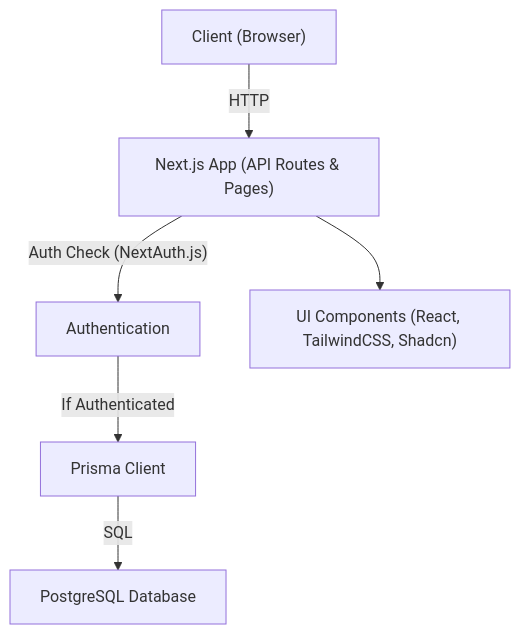
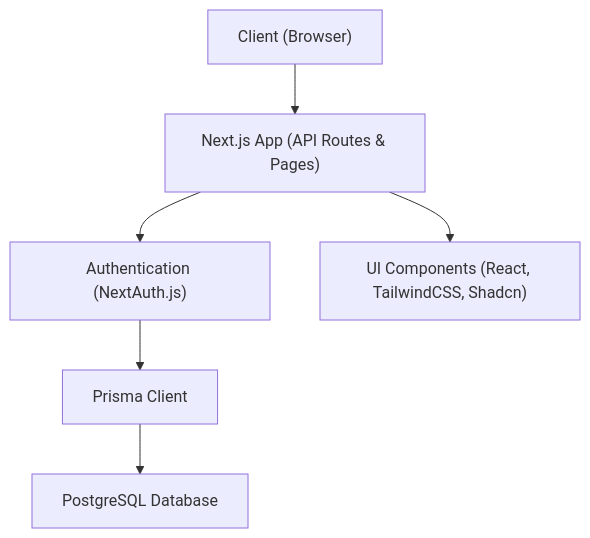
One commit to RudolfKay/Macro-Tracker-NextJS-App changed the diagram in README.md. Above: the diagram before and after it, drawn with Mermaid.

Commit message:
Diagram update to display properly on github.

````diff
--- a/README.md
+++ b/README.md
@@ -19,8 +19,8 @@
 ```mermaid
 graph TD
-  A["Client (Browser)"] -->|"HTTP"| B["Next.js App (API Routes & Pages)"]
-  B -->|"Auth Check (NextAuth.js)"| C["Authentication"]
-  C -->|"If Authenticated"| D["Prisma Client"]
-  D -->|"SQL"| E["PostgreSQL Database"]
+  A["Client (Browser)"] --> B["Next.js App (API Routes & Pages)"]
+  B --> C["Authentication (NextAuth.js)"]
+  C --> D["Prisma Client"]
+  D --> E["PostgreSQL Database"]
   B --> F["UI Components (React, TailwindCSS, Shadcn)"]
 ```
````
